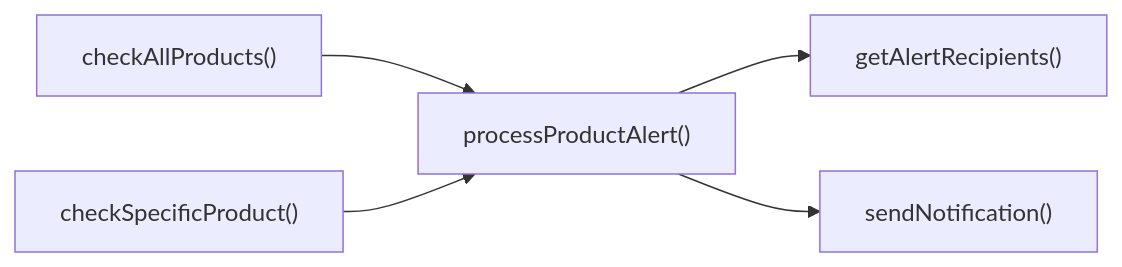
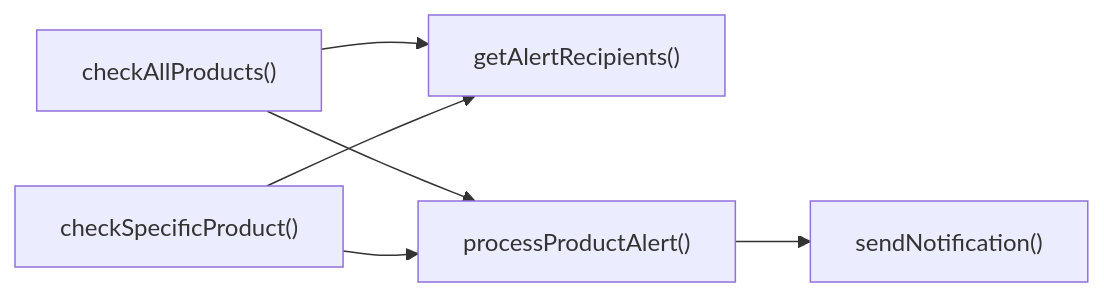
Before and after one commit to peckop/venthub-hvac-esite: the diagram in supabase/functions/stock-alert/index.md, drawn with Mermaid. The commit also changed other lines of this file and 9 other files, not shown here.

Commit message:
docs: update auto-generated architecture documentation

````diff
--- a/supabase/functions/stock-alert/index.md
+++ b/supabase/functions/stock-alert/index.md
@@ -208,7 +218,8 @@
 ```mermaid
 graph LR
+    checkAllProducts["checkAllProducts()"] --> getAlertRecipients["getAlertRecipients()"]
     checkAllProducts["checkAllProducts()"] --> processProductAlert["processProductAlert()"]
+    checkSpecificProduct["checkSpecificProduct()"] --> getAlertRecipients["getAlertRecipients()"]
     checkSpecificProduct["checkSpecificProduct()"] --> processProductAlert["processProductAlert()"]
-    processProductAlert["processProductAlert()"] --> getAlertRecipients["getAlertRecipients()"]
     processProductAlert["processProductAlert()"] --> sendNotification["sendNotification()"]
 ```
````
